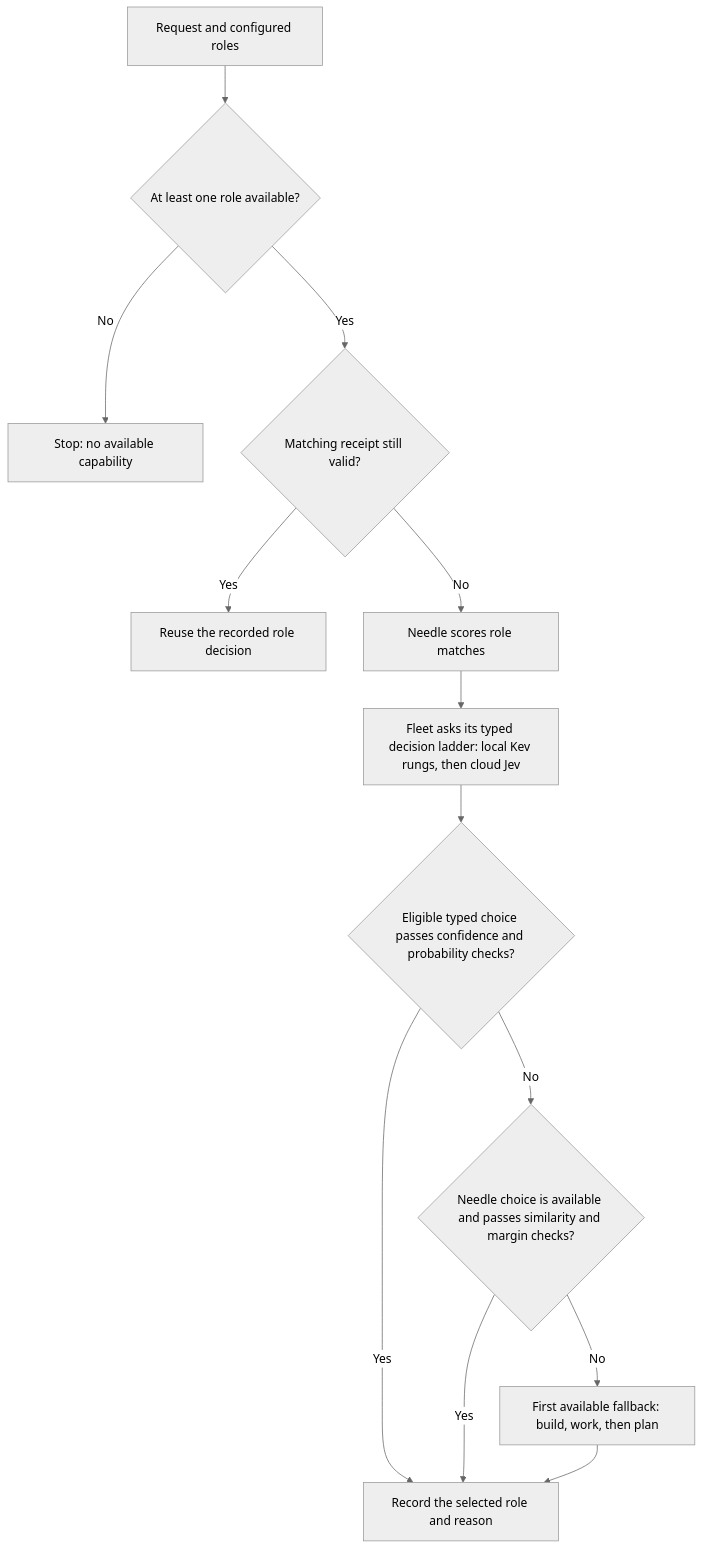
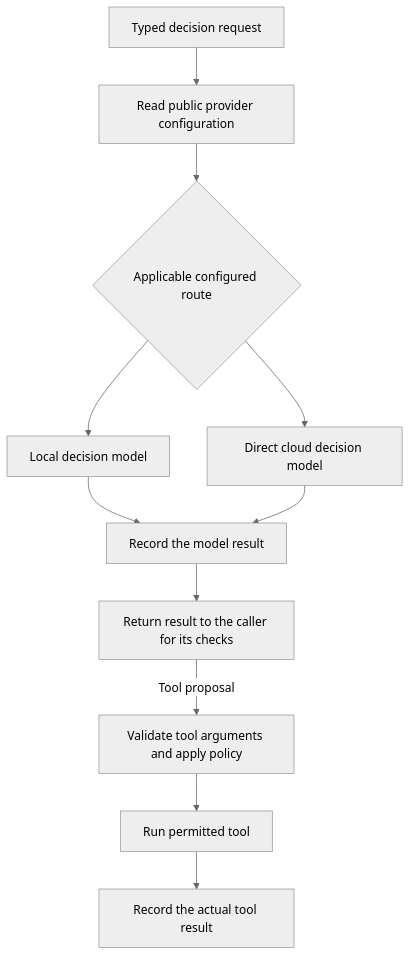
Before and after one commit to Tcuzzo/Tcuzzo.github.io: the diagram in hydra/charts/typed-routing.mmd, drawn with Mermaid (neutral theme). The commit also changed 12 other files, not shown here.

```diff
--- a/hydra/charts/typed-routing.mmd
+++ b/hydra/charts/typed-routing.mmd
@@ -1,17 +1,14 @@
 flowchart TD
-    A["Request and configured roles"] --> V{"At least one role available?"}
-    V -- No --> U["Stop: no available capability"]
-    V -- Yes --> B{"Matching receipt still valid?"}
-    B -- Yes --> C["Reuse the recorded role decision"]
-    B -- No --> D["Needle scores role matches"]
-    D --> E["Fleet asks its typed decision ladder: local Kev rungs, then cloud Jev"]
-    E --> F{"Eligible typed choice passes confidence and probability checks?"}
-    F -- Yes --> J["Record the selected role and reason"]
-    F -- No --> G{"Needle choice is available and passes similarity and margin checks?"}
-    G -- Yes --> J
-    G -- No --> H["First available fallback: build, work, then plan"]
-    H --> J
-    class A,D,E,H step
-    class C,J ok
-    class B,F,G,V req
-    class U bad
+    Request["Typed decision request"] --> Config["Read public provider configuration"]
+    Config --> Route{"Applicable configured route"}
+    Route --> Local["Local decision model"]
+    Route --> Cloud["Direct cloud decision model"]
+    Local --> Reply["Record the model result"]
+    Cloud --> Reply
+    Reply --> Caller["Return result to the caller for its checks"]
+    Caller -- Tool proposal --> Policy["Validate tool arguments and apply policy"]
+    Policy --> Tool["Run permitted tool"]
+    Tool --> Result["Record the actual tool result"]
+    class Request,Config,Local,Cloud,Reply,Caller,Tool step;
+    class Route,Policy req;
+    class Result ok;
```
